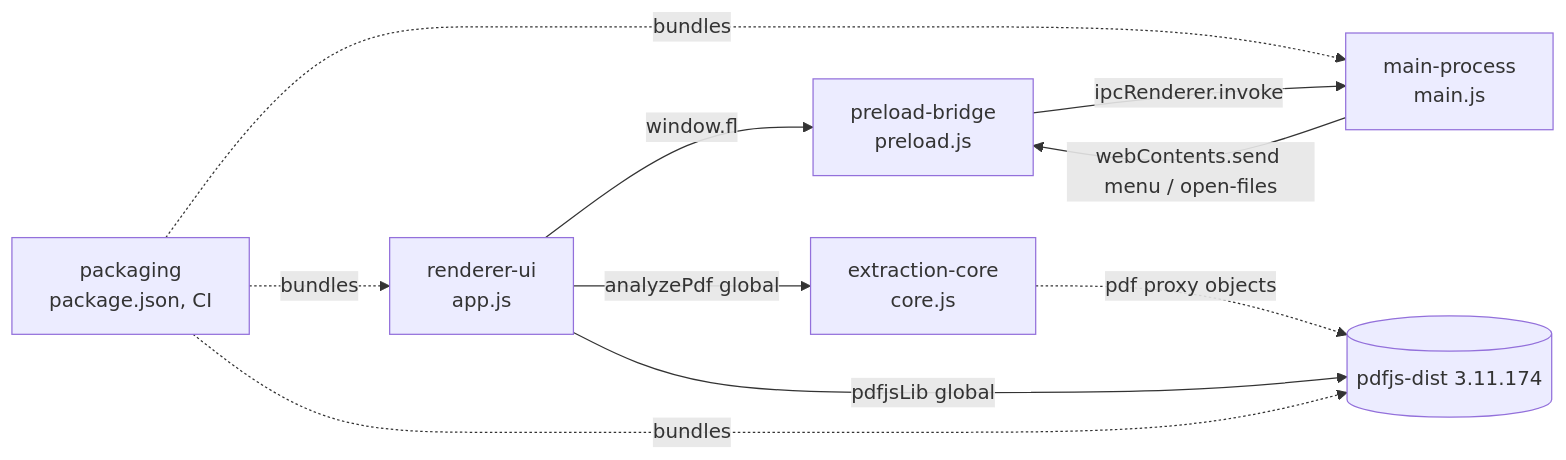
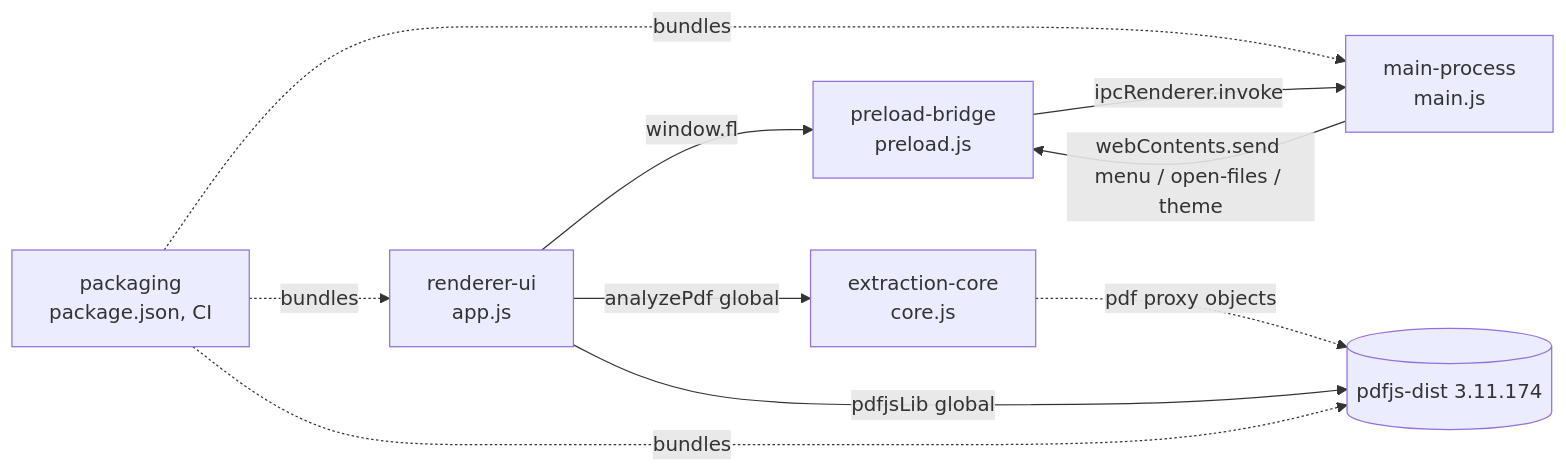
Before and after one commit to Lefarious/Faelights: the diagram in docs/atlas/ATLAS.md, drawn with Mermaid. The commit also changed other lines of this file and 7 other files, not shown here.

````diff
--- a/docs/atlas/ATLAS.md
+++ b/docs/atlas/ATLAS.md
@@ -21,10 +22,10 @@
 ```mermaid
 graph LR
   UI[renderer-ui<br/>app.js] -->|window.fl| PRE[preload-bridge<br/>preload.js]
   PRE -->|ipcRenderer.invoke| MAIN[main-process<br/>main.js]
-  MAIN -->|webContents.send menu / open-files| PRE
+  MAIN -->|webContents.send menu / open-files / theme| PRE
   UI -->|analyzePdf global| CORE[extraction-core<br/>core.js]
   UI -->|pdfjsLib global| PDFJS[(pdfjs-dist 3.11.174)]
   CORE -.->|pdf proxy objects| PDFJS
   PKG[packaging<br/>package.json, CI] -.->|bundles| MAIN & UI & PDFJS
 ```
````
